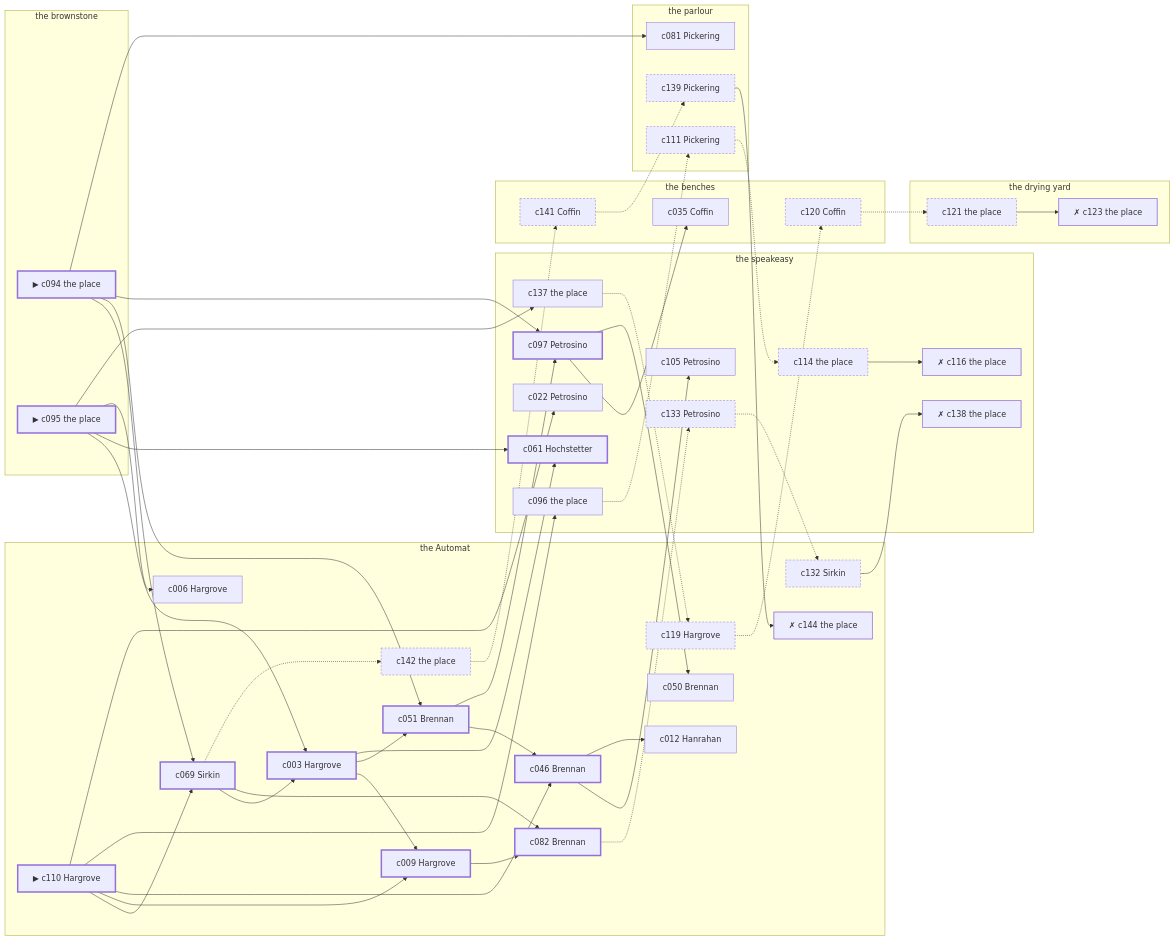
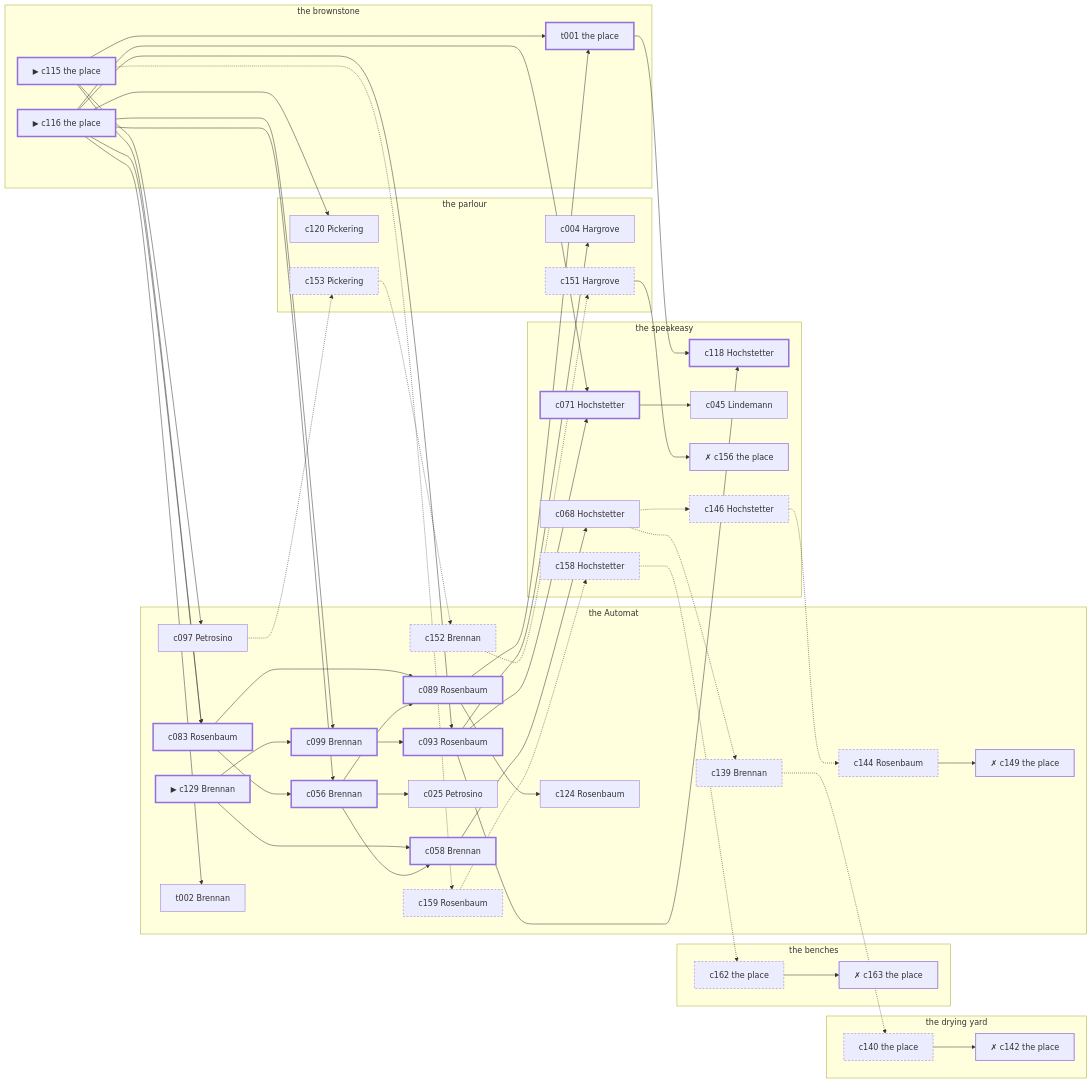
One commit to lyamshin/dashiell changed the diagram in docs/samples/case-8.md. Above: the diagram before and after it, drawn with Mermaid. The commit also changed other lines of this file and 110 other files, not shown here.

````diff
--- a/docs/samples/case-8.md
+++ b/docs/samples/case-8.md
@@ -315,96 +674,97 @@
 ```mermaid
 graph LR
   subgraph P1["the speakeasy"]
-    c097["c097 Petrosino"]
-    c061["c061 Hochstetter"]
-    c105["c105 Petrosino"]
-    c096["c096 the place"]
-    c022["c022 Petrosino"]
-    c137["c137 the place"]
-    c114["c114 the place"]
-    c116["✗ c116 the place"]
-    c133["c133 Petrosino"]
-    c138["✗ c138 the place"]
+    c071["c071 Hochstetter"]
+    c118["c118 Hochstetter"]
+    c045["c045 Lindemann"]
+    c068["c068 Hochstetter"]
+    c156["✗ c156 the place"]
+    c158["c158 Hochstetter"]
+    c146["c146 Hochstetter"]
   end
   subgraph P2["the parlour"]
-    c081["c081 Pickering"]
-    c139["c139 Pickering"]
-    c111["c111 Pickering"]
+    c120["c120 Pickering"]
+    c004["c004 Hargrove"]
+    c153["c153 Pickering"]
+    c151["c151 Hargrove"]
   end
   subgraph P3["the drying yard"]
-    c121["c121 the place"]
-    c123["✗ c123 the place"]
+    c140["c140 the place"]
+    c142["✗ c142 the place"]
   end
   subgraph P4["the brownstone"]
-    c094["▶ c094 the place"]
-    c095["▶ c095 the place"]
+    c115["▶ c115 the place"]
+    c116["▶ c116 the place"]
+    t001["t001 the place"]
   end
   subgraph P5["the benches"]
-    c035["c035 Coffin"]
-    c141["c141 Coffin"]
-    c120["c120 Coffin"]
+    c162["c162 the place"]
+    c163["✗ c163 the place"]
   end
   subgraph P6["the Automat"]
-    c110["▶ c110 Hargrove"]
-    c069["c069 Sirkin"]
-    c003["c003 Hargrove"]
-    c009["c009 Hargrove"]
-    c051["c051 Brennan"]
-    c046["c046 Brennan"]
-    c082["c082 Brennan"]
-    c012["c012 Hanrahan"]
-    c050["c050 Brennan"]
-    c006["c006 Hargrove"]
-    c142["c142 the place"]
-    c144["✗ c144 the place"]
-    c119["c119 Hargrove"]
-    c132["c132 Sirkin"]
+    c129["▶ c129 Brennan"]
+    c083["c083 Rosenbaum"]
+    c056["c056 Brennan"]
+    c089["c089 Rosenbaum"]
+    c099["c099 Brennan"]
+    c058["c058 Brennan"]
+    c093["c093 Rosenbaum"]
+    c097["c097 Petrosino"]
+    c124["c124 Rosenbaum"]
+    t002["t002 Brennan"]
+    c025["c025 Petrosino"]
+    c152["c152 Brennan"]
+    c159["c159 Rosenbaum"]
+    c144["c144 Rosenbaum"]
+    c149["✗ c149 the place"]
+    c139["c139 Brennan"]
   end
-  c094 --> c069
-  c094 --> c051
-  c094 --> c097
-  c094 --> c081
-  c095 --> c003
-  c095 --> c061
-  c095 --> c006
-  c095 --> c137
-  c110 --> c069
-  c110 --> c009
-  c110 --> c046
-  c110 --> c096
-  c110 --> c022
-  c069 --> c003
-  c069 --> c082
-  c069 -.-> c142
-  c003 --> c009
-  c003 --> c051
-  c003 --> c061
-  c009 --> c082
-  c051 --> c046
-  c051 --> c097
-  c046 --> c105
-  c046 --> c012
-  c082 -.-> c133
-  c097 --> c035
-  c097 --> c050
-  c096 -.-> c111
-  c137 -.-> c119
-  c142 -.-> c141
-  c141 -.-> c139
-  c139 --> c144
-  c119 -.-> c120
-  c120 -.-> c121
-  c121 --> c123
-  c111 -.-> c114
-  c114 --> c116
-  c133 -.-> c132
-  c132 --> c138
+  c115 --> c083
+  c115 --> t001
+  c115 --> c097
+  c115 -.-> c159
+  c116 --> c083
+  c116 --> c056
+  c116 --> c099
+  c116 --> c093
+  c116 --> c071
+  c116 --> c120
+  c116 --> t002
+  c129 --> c099
+  c129 --> c058
+  c083 --> c056
+  c083 --> c089
+  c056 --> c089
+  c056 --> c058
+  c056 --> c025
+  c089 --> t001
+  c089 --> c124
+  c099 --> c093
+  c058 --> c068
+  t001 --> c118
+  c093 --> c071
+  c093 --> c118
+  c093 --> c004
+  c071 --> c045
+  c097 -.-> c153
+  c068 -.-> c146
+  c068 -.-> c139
+  c153 -.-> c152
+  c152 -.-> c151
+  c151 --> c156
+  c159 -.-> c158
+  c158 -.-> c162
+  c162 --> c163
+  c146 -.-> c144
+  c144 --> c149
+  c139 -.-> c140
+  c140 --> c142
   classDef spine stroke-width:3px;
   classDef corrob stroke-width:1px;
   classDef noise stroke-dasharray: 4 3;
   classDef disq stroke-width:2px,stroke-dasharray: 1 0;
-  class c094,c095,c110,c069,c003,c009,c051,c046,c082,c097,c061 spine;
-  class c081,c035,c105,c096,c012,c022,c050,c006,c137 corrob;
-  class c142,c141,c139,c119,c120,c121,c111,c114,c133,c132 noise;
-  class c144,c123,c116,c138 disq;
+  class c115,c116,c129,c083,c056,c089,c099,c058,t001,c093,c071,c118 spine;
+  class c120,c097,c124,t002,c045,c068,c025,c004 corrob;
+  class c153,c152,c151,c159,c158,c162,c146,c144,c139,c140 noise;
+  class c156,c163,c149,c142 disq;
 ```
````
